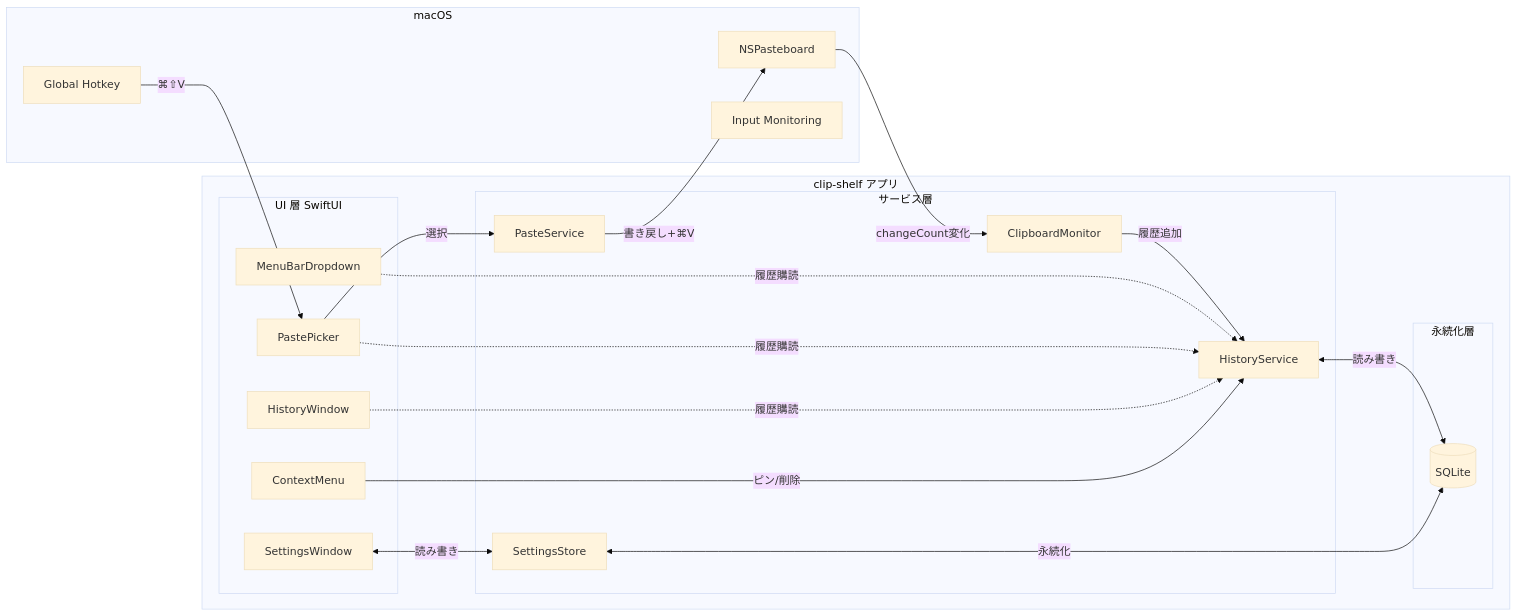
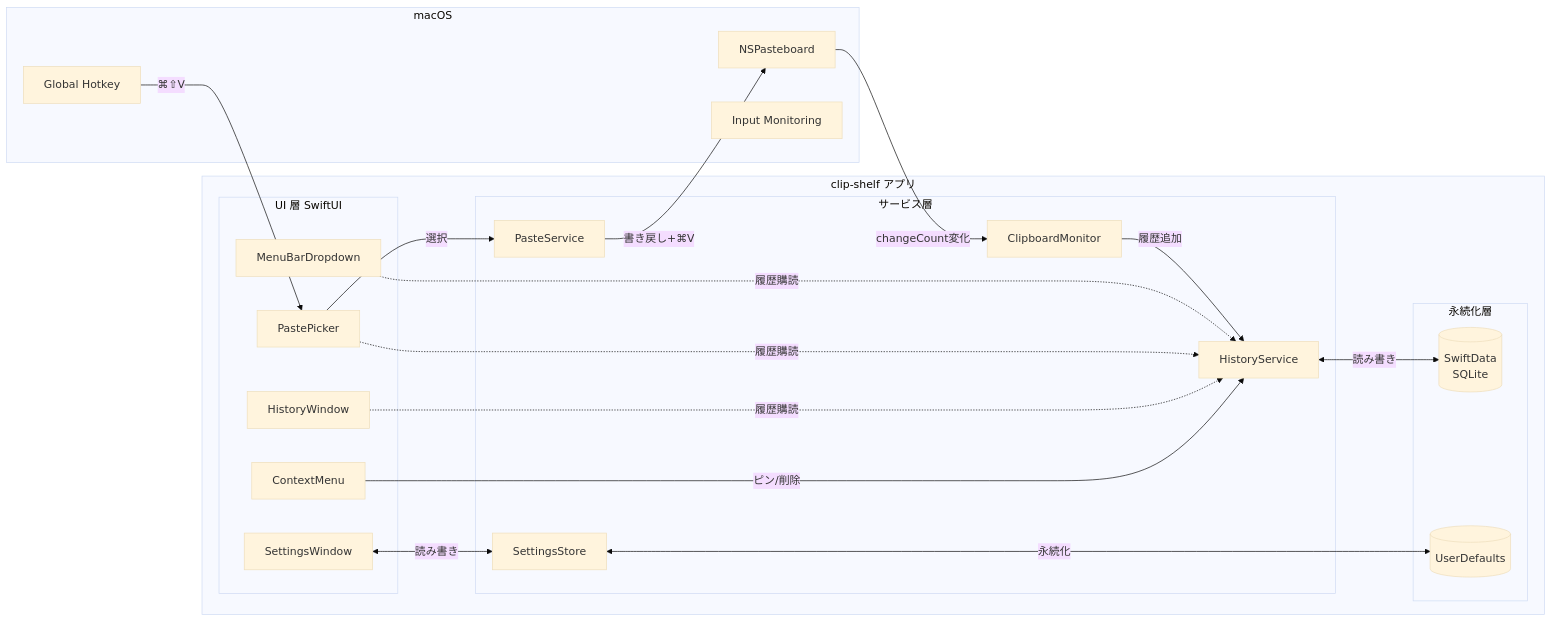
One commit to DIO0550/mac-clip-shelf changed the first of 2 diagrams in docs/clip-shelf/index.md. Above: the diagram before and after it, drawn with Mermaid (base theme). The commit also changed other lines of this file and 7 other files, not shown here.

First line of the commit message:
📝 [Doc]: #17 GRDB.swift/MASShortcut を SwiftData/KeyboardShortcuts に置き換え

````diff
--- a/docs/clip-shelf/index.md
+++ b/docs/clip-shelf/index.md
@@ -53,42 +53,43 @@
 ```mermaid
 flowchart LR
     subgraph OS[macOS]
         PB[NSPasteboard]
         HK[Global Hotkey]
         IM[Input Monitoring]
     end
 
     subgraph App[clip-shelf アプリ]
         subgraph BE[サービス層]
             CM[ClipboardMonitor]
             HS[HistoryService]
             PS[PasteService]
             SS[SettingsStore]
         end
 
         subgraph DB[永続化層]
-            DBQ[(SQLite)]
+            DBQ[(SwiftData<br/>SQLite)]
+            UD[(UserDefaults)]
         end
 
         subgraph FE[UI 層 SwiftUI]
             MB[MenuBarDropdown]
             PP[PastePicker]
             HW[HistoryWindow]
             SW[SettingsWindow]
             CX[ContextMenu]
         end
     end
 
     PB -- changeCount変化 --> CM
     CM -- 履歴追加 --> HS
     HS <-- 読み書き --> DBQ
     HK -- ⌘⇧V --> PP
     PP -- 選択 --> PS
     PS -- 書き戻し+⌘V --> PB
     MB -. 履歴購読 .-> HS
     PP -. 履歴購読 .-> HS
     HW -. 履歴購読 .-> HS
     CX -- ピン/削除 --> HS
     SW <-- 読み書き --> SS
-    SS <-- 永続化 --> DBQ
+    SS <-- 永続化 --> UD
 ```
````
